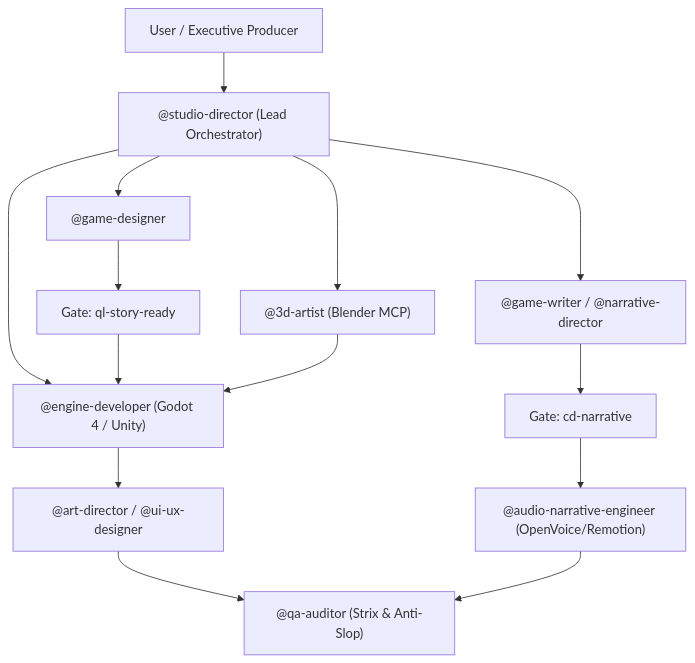
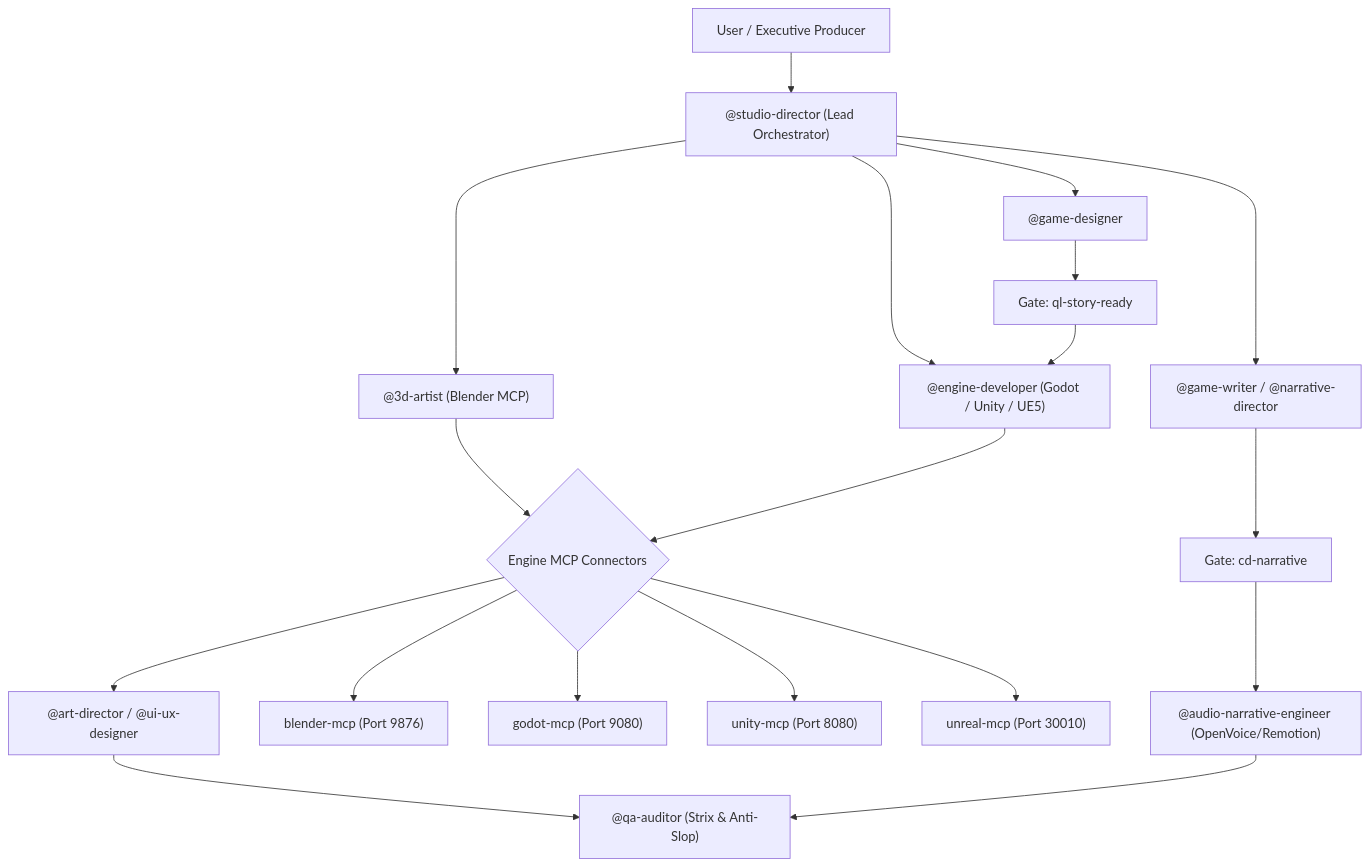
Before and after one commit to kursatsndgn/master-game-studio-skills: the diagram in AGENTS.md, drawn with Mermaid. The commit also changed 14 other files, not shown here.

Commit message:
feat: add engine MCP connectors (blender, godot, unity, unreal) and universal mcp.json config

````diff
--- a/AGENTS.md
+++ b/AGENTS.md
@@ -10,20 +10,26 @@
 ```mermaid
 graph TD
     User["User / Executive Producer"] --> Director["@studio-director (Lead Orchestrator)"]
     
     Director --> Narrative["@game-writer / @narrative-director"]
     Director --> Designer["@game-designer"]
     Director --> Artist3D["@3d-artist (Blender MCP)"]
-    Director --> Engine["@engine-developer (Godot 4 / Unity)"]
+    Director --> Engine["@engine-developer (Godot / Unity / UE5)"]
     
     Narrative --> Gate1["Gate: cd-narrative"]
     Gate1 --> Audio["@audio-narrative-engineer (OpenVoice/Remotion)"]
     
     Designer --> Gate2["Gate: ql-story-ready"]
     Gate2 --> Engine
-    Artist3D --> Engine
+    Artist3D --> MCP_Router{"Engine MCP Connectors"}
+    Engine --> MCP_Router
     
-    Engine --> UI["@art-director / @ui-ux-designer"]
+    MCP_Router --> MCP_Blender["blender-mcp (Port 9876)"]
+    MCP_Router --> MCP_Godot["godot-mcp (Port 9080)"]
+    MCP_Router --> MCP_Unity["unity-mcp (Port 8080)"]
+    MCP_Router --> MCP_Unreal["unreal-mcp (Port 30010)"]
+    
+    MCP_Router --> UI["@art-director / @ui-ux-designer"]
     UI --> QA["@qa-auditor (Strix & Anti-Slop)"]
     Audio --> QA
 ```
````
